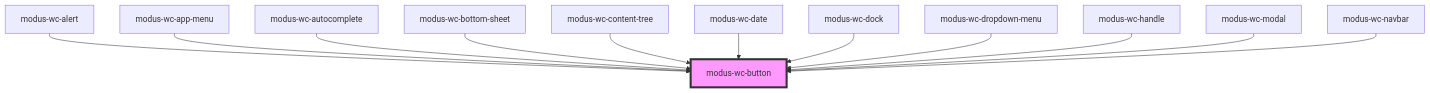
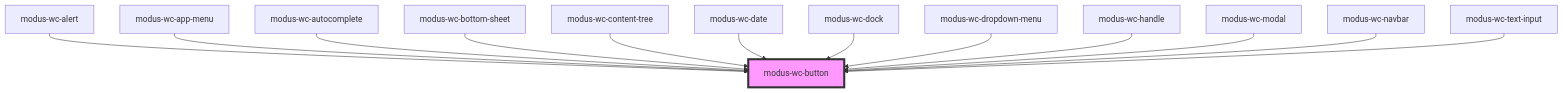
The diagram in src/components/modus-wc-button/readme.md (trimble-oss/modus-wc-2.0), drawn with Mermaid before and after one commit. The commit also changed other lines of this file and 8 other files, not shown here.

````diff
--- a/src/components/modus-wc-button/readme.md
+++ b/src/components/modus-wc-button/readme.md
@@ -51,15 +52,16 @@
 ```mermaid
 graph TD;
   modus-wc-alert --> modus-wc-button
   modus-wc-app-menu --> modus-wc-button
   modus-wc-autocomplete --> modus-wc-button
   modus-wc-bottom-sheet --> modus-wc-button
   modus-wc-content-tree --> modus-wc-button
   modus-wc-date --> modus-wc-button
   modus-wc-dock --> modus-wc-button
   modus-wc-dropdown-menu --> modus-wc-button
   modus-wc-handle --> modus-wc-button
   modus-wc-modal --> modus-wc-button
   modus-wc-navbar --> modus-wc-button
+  modus-wc-text-input --> modus-wc-button
   style modus-wc-button fill:#f9f,stroke:#333,stroke-width:4px
 ```
````
